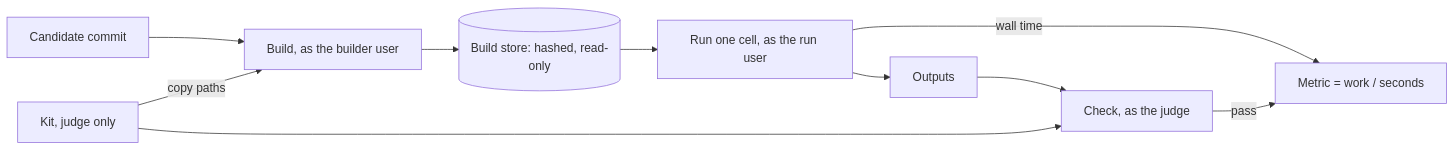
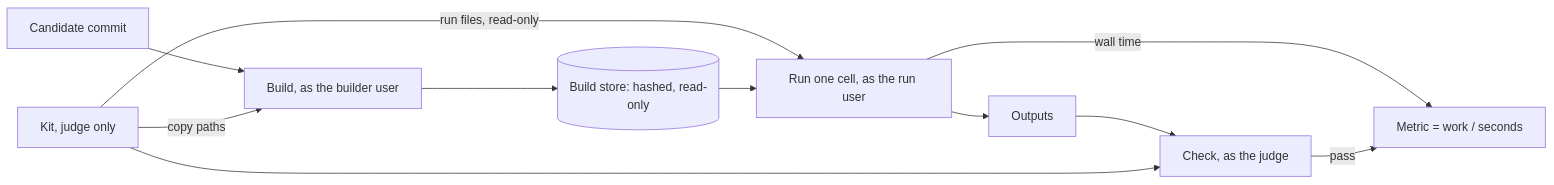
One commit to Mahdi3Bani/thermite changed the diagram in docs/kits.md. Above: the diagram before and after it, drawn with Mermaid. The commit also changed other lines of this file and 9 other files, not shown here.

````diff
--- a/docs/kits.md
+++ b/docs/kits.md
@@ -36,12 +36,13 @@
 ```mermaid
 flowchart LR
   Src[Candidate commit] --> Build[Build, as the builder user]
   Kit[Kit, judge only] -- copy paths --> Build
+  Kit -- run files, read-only --> Run
   Build --> Store[(Build store: hashed, read-only)]
   Store --> Run[Run one cell, as the run user]
   Run --> Out[Outputs]
   Out --> Check[Check, as the judge]
   Kit --> Check
   Run -- wall time --> Score[Metric = work / seconds]
   Check -- pass --> Score
 ```
````
